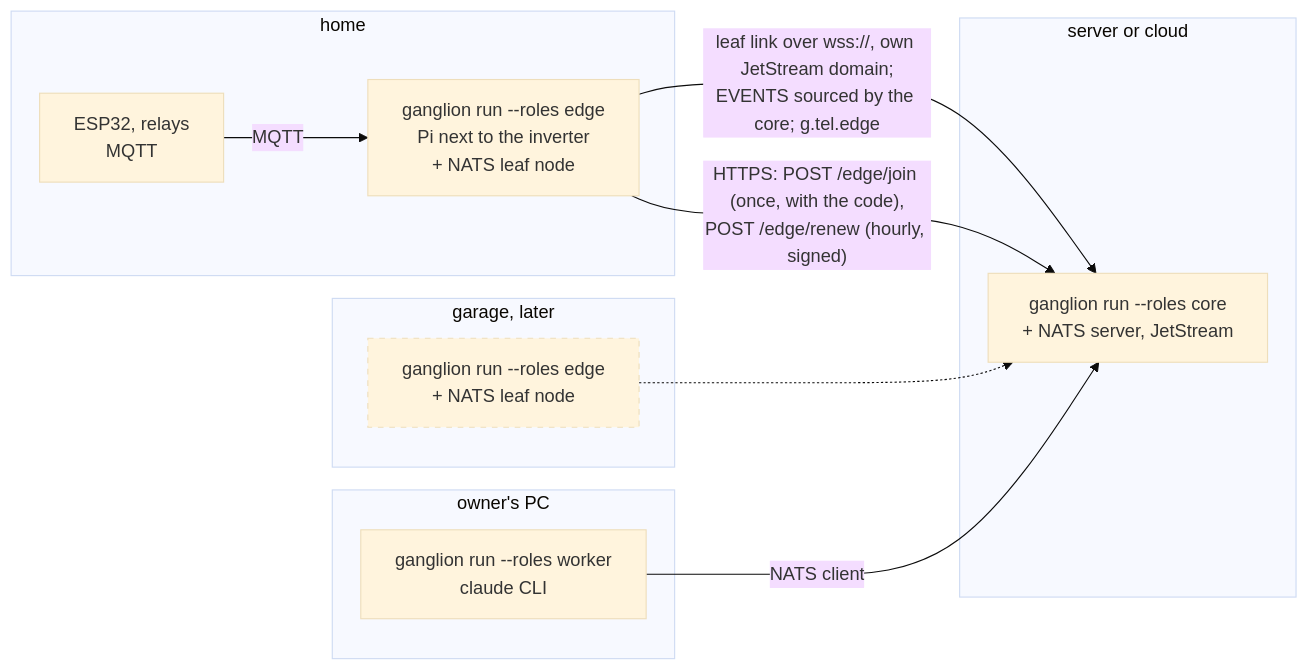
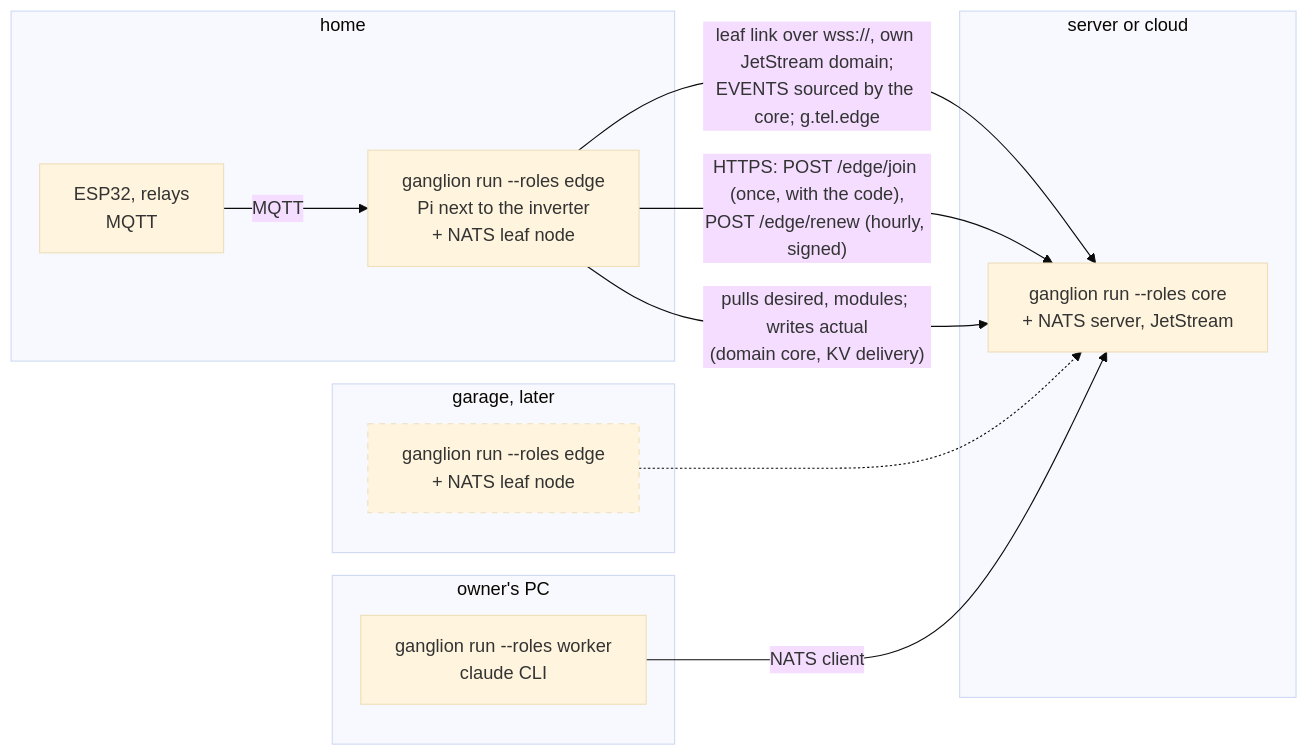
One commit to igorrius/ganglion changed the third of 3 diagrams in docs/architecture/02-containers.md. Above: the diagram before and after it, drawn with Mermaid (base theme). The commit also changed other lines of this file and 41 other files, not shown here.

First line of the commit message:
bus, natsbus, edge, modhost, modstore: deliver modules to edges by desired state (#323)

````diff
--- a/docs/architecture/02-containers.md
+++ b/docs/architecture/02-containers.md
@@ -129,24 +136,25 @@
 ```mermaid
 flowchart LR
     subgraph server["server or cloud"]
         cn["ganglion run --roles core<br/>+ NATS server, JetStream"]
     end
     subgraph home["home"]
         e1["ganglion run --roles edge<br/>Pi next to the inverter<br/>+ NATS leaf node"]
         esp["ESP32, relays<br/>MQTT"]
     end
     subgraph garage["garage, later"]
         e2["ganglion run --roles edge<br/>+ NATS leaf node"]
     end
     subgraph pc["owner's PC"]
         wk["ganglion run --roles worker<br/>claude CLI"]
     end
     e1 -- "leaf link over wss://, own JetStream domain;<br/>EVENTS sourced by the core; g.tel.edge" --> cn
     e1 -- "HTTPS: POST /edge/join (once, with the code),<br/>POST /edge/renew (hourly, signed)" --> cn
+    e1 -- "pulls desired, modules; writes actual<br/>(domain core, KV delivery)" --> cn
     e2 -.-> cn
     wk -- "NATS client" --> cn
     esp -- "MQTT" --> e1
 
     classDef planned stroke-dasharray: 5 5
     class e2 planned
 ```
````
